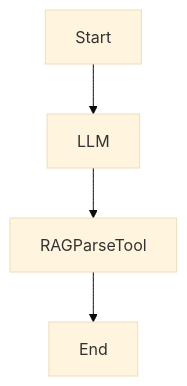
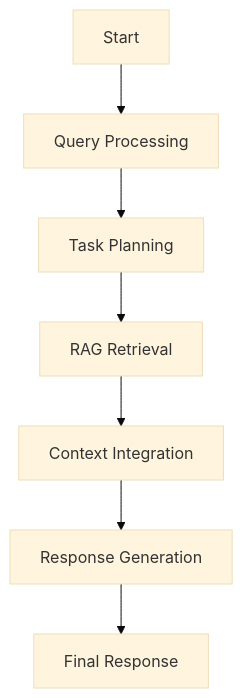
One commit to divakarkumarp/LangGraph_Agent changed the fourth of 9 diagrams in README.md. Above: the diagram before and after it, drawn with Mermaid (base theme). The commit also changed other lines of this file and 6 other files, not shown here.

````diff
--- a/README.md
+++ b/README.md
@@ -78,6 +188,9 @@
 ```mermaid
 graph TB
-    A[Start] --> B[LLM]
-    B --> C[RAGParseTool]
-    C --> D[End]
+    A[Start] --> B[Query Processing]
+    B --> C[Task Planning]
+    C --> D[RAG Retrieval]
+    D --> E[Context Integration]
+    E --> F[Response Generation]
+    F --> G[Final Response]
 ```
````
